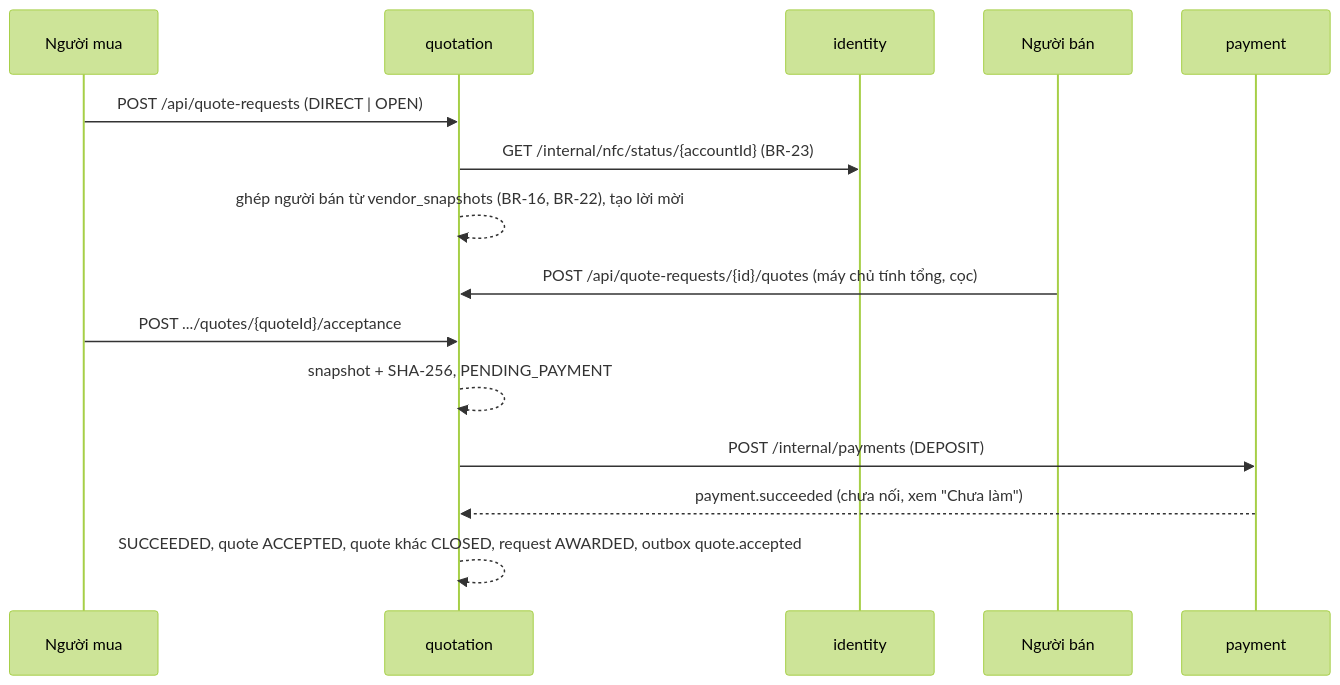
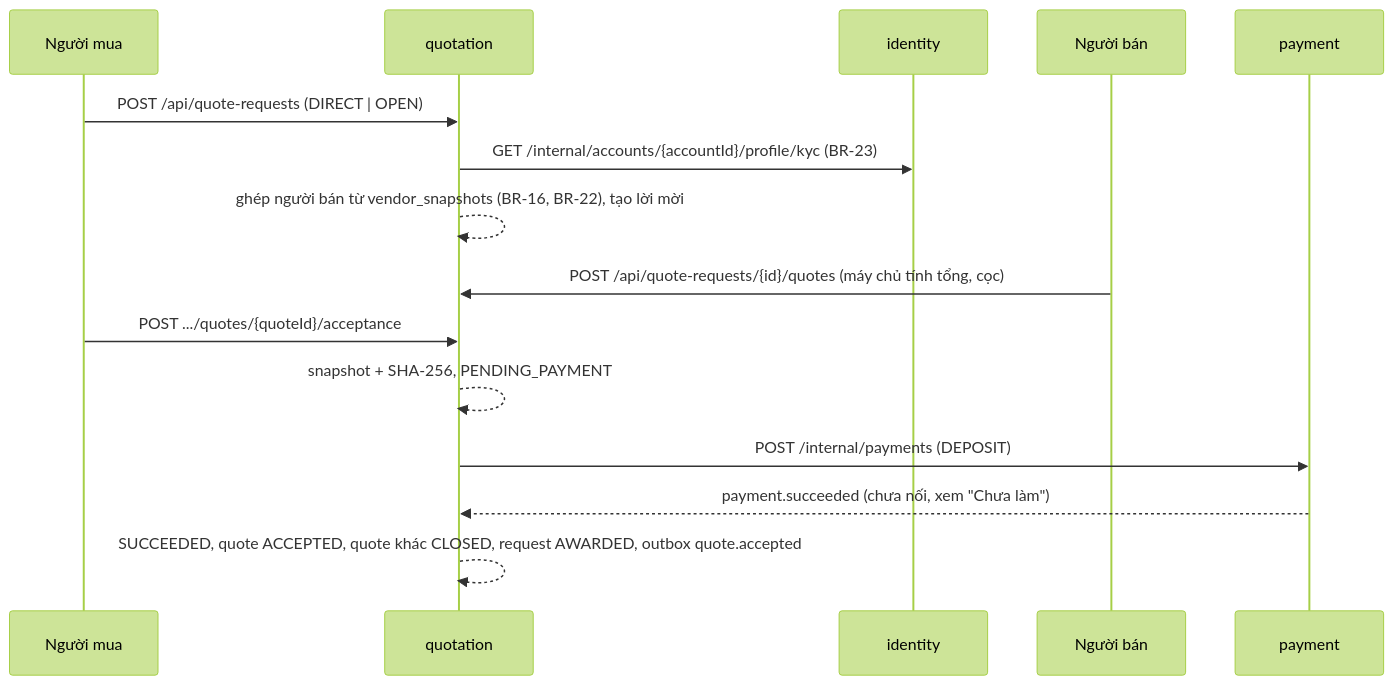
Before and after one commit to LeTran30/MSS301-moonkage-platform-project: the diagram in docs/services/quotation/README.md, drawn with Mermaid (forest theme). The commit also changed 202 other files, not shown here.

First line of the commit message:
refactor(identity)!: profile and address as account resources, nfc as a mechanism

````diff
--- a/docs/services/quotation/README.md
+++ b/docs/services/quotation/README.md
@@ -7,17 +7,17 @@
 ```mermaid
 sequenceDiagram
   participant B as Người mua
   participant Q as quotation
   participant I as identity
   participant S as Người bán
   participant P as payment
   B->>Q: POST /api/quote-requests (DIRECT | OPEN)
-  Q->>I: GET /internal/nfc/status/{accountId} (BR-23)
+  Q->>I: GET /internal/accounts/{accountId}/profile/kyc (BR-23)
   Q-->>Q: ghép người bán từ vendor_snapshots (BR-16, BR-22), tạo lời mời
   S->>Q: POST /api/quote-requests/{id}/quotes (máy chủ tính tổng, cọc)
   B->>Q: POST .../quotes/{quoteId}/acceptance
   Q-->>Q: snapshot + SHA-256, PENDING_PAYMENT
   Q->>P: POST /internal/payments (DEPOSIT)
   P-->>Q: payment.succeeded (chưa nối, xem "Chưa làm")
   Q-->>Q: SUCCEEDED, quote ACCEPTED, quote khác CLOSED, request AWARDED, outbox quote.accepted
 ```
````
